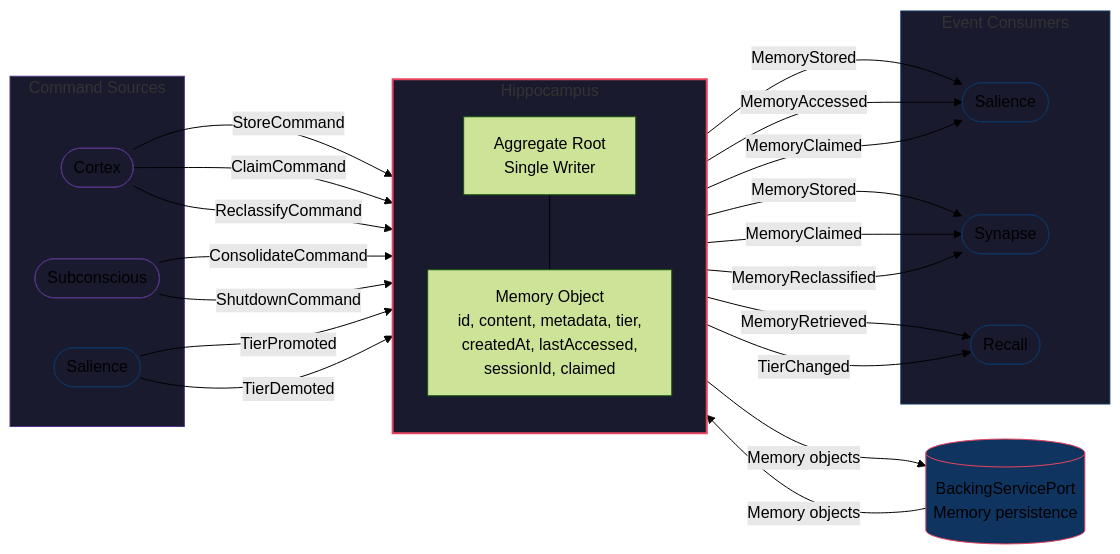
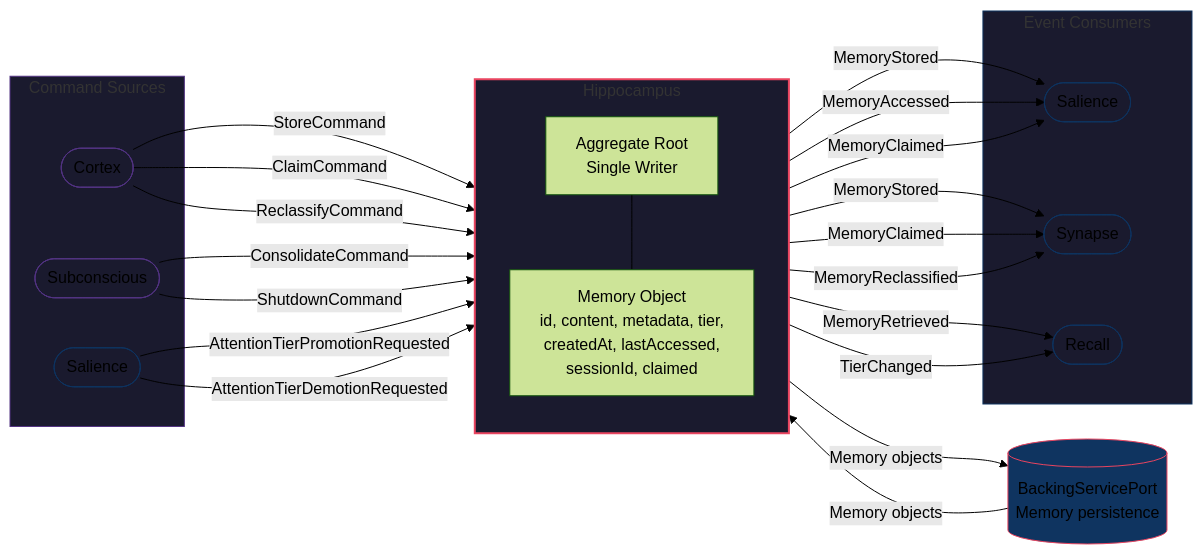
Before and after one commit to Mimis-Gildi/mcp-total-recall: the diagram in site/_includes/diagrams/hp-0001-hippocampus.mmd, drawn with Mermaid (forest theme). The commit also changed 34 other files, not shown here.

```diff
--- a/site/_includes/diagrams/hp-0001-hippocampus.mmd
+++ b/site/_includes/diagrams/hp-0001-hippocampus.mmd
@@ -1,52 +1,52 @@
 graph LR
     subgraph Sources ["Command Sources"]
         CX(["Cortex"])
         SB(["Subconscious"])
         SL_IN(["Salience"])
     end
 
     subgraph HP ["Hippocampus"]
         direction TB
         ROOT["Aggregate Root<br/>Single Writer"]
         MEM["Memory Object<br/>id, content, metadata, tier,<br/>createdAt, lastAccessed,<br/>sessionId, claimed"]
         ROOT --- MEM
     end
 
     subgraph Consumers ["Event Consumers"]
         SL_OUT(["Salience"])
         SY(["Synapse"])
         RC(["Recall"])
     end
 
     BSP[("BackingServicePort<br/>Memory persistence")]
 
     CX -- "StoreCommand" --> HP
     CX -- "ClaimCommand" --> HP
     CX -- "ReclassifyCommand" --> HP
     SB -- "ConsolidateCommand" --> HP
     SB -- "ShutdownCommand" --> HP
-    SL_IN -- "TierPromoted" --> HP
-    SL_IN -- "TierDemoted" --> HP
+    SL_IN -- "AttentionTierPromotionRequested" --> HP
+    SL_IN -- "AttentionTierDemotionRequested" --> HP
 
     HP -- "MemoryStored" --> SL_OUT
     HP -- "MemoryAccessed" --> SL_OUT
     HP -- "MemoryClaimed" --> SL_OUT
     HP -- "MemoryStored" --> SY
     HP -- "MemoryClaimed" --> SY
     HP -- "MemoryReclassified" --> SY
     HP -- "MemoryRetrieved" --> RC
     HP -- "TierChanged" --> RC
 
     HP -- "Memory objects" --> BSP
     BSP -- "Memory objects" --> HP
 
     style Sources fill:#1a1a2e,stroke:#533483,stroke-width:1px
     style HP fill:#1a1a2e,stroke:#e94560,stroke-width:2px
     style Consumers fill:#1a1a2e,stroke:#0f3460,stroke-width:1px
     style BSP fill:#0f3460,stroke:#e94560,stroke-width:1px
     style CX fill:#1a1a2e,stroke:#533483,stroke-width:1px
     style SB fill:#1a1a2e,stroke:#533483,stroke-width:1px
     style SL_IN fill:#1a1a2e,stroke:#0f3460,stroke-width:1px
     style SL_OUT fill:#1a1a2e,stroke:#0f3460,stroke-width:1px
     style SY fill:#1a1a2e,stroke:#0f3460,stroke-width:1px
     style RC fill:#1a1a2e,stroke:#0f3460,stroke-width:1px
```
